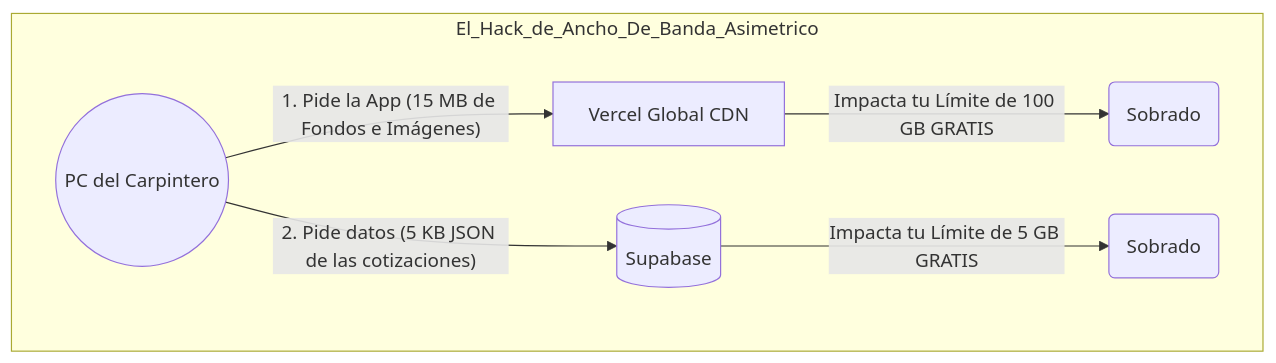
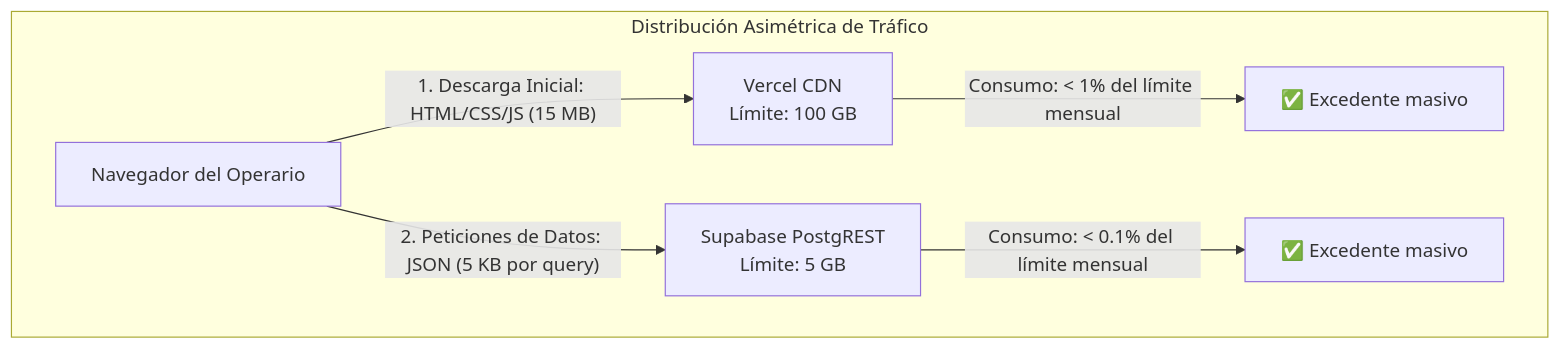
Before and after one commit to redentor159/sistema-erp-inventario: the first of 6 diagrams in public/docs/19_TRUCOS_ESCALABILIDAD_SAAS.md, drawn with Mermaid. The commit also changed other lines of this file and 1 other file, not shown here.

Commit message:
docs: refactorizar enciclopedia SaaS en documento tecnico-ejecutivo con matriz de priorizacion y diagramas Mermaid

````diff
--- a/public/docs/19_TRUCOS_ESCALABILIDAD_SAAS.md
+++ b/public/docs/19_TRUCOS_ESCALABILIDAD_SAAS.md
@@ -30,10 +73,9 @@
 ```mermaid
 graph TD
-    subgraph El_Hack_de_Ancho_De_Banda_Asimetrico
-        C((PC del Carpintero)) -- "1. Pide la App (15 MB de Fondos e Imágenes)" --> V[Vercel Global CDN]
-        C -- "2. Pide datos (5 KB JSON de las cotizaciones)" --> S[(Supabase)]
-        
-        V -- "Impacta tu Límite de 100 GB GRATIS" --> V_Lim(Sobrado)
-        S -- "Impacta tu Límite de 5 GB GRATIS" --> S_Lim(Sobrado)
+    subgraph Distribución Asimétrica de Tráfico
+        C["Navegador del Operario"] -- "1. Descarga Inicial: HTML/CSS/JS (15 MB)" --> V["Vercel CDN<br/>Límite: 100 GB"]
+        C -- "2. Peticiones de Datos: JSON (5 KB por query)" --> S["Supabase PostgREST<br/>Límite: 5 GB"]
+        V -- "Consumo: < 1% del límite mensual" --> V_OK["✅ Excedente masivo"]
+        S -- "Consumo: < 0.1% del límite mensual" --> S_OK["✅ Excedente masivo"]
     end
 ```
````
